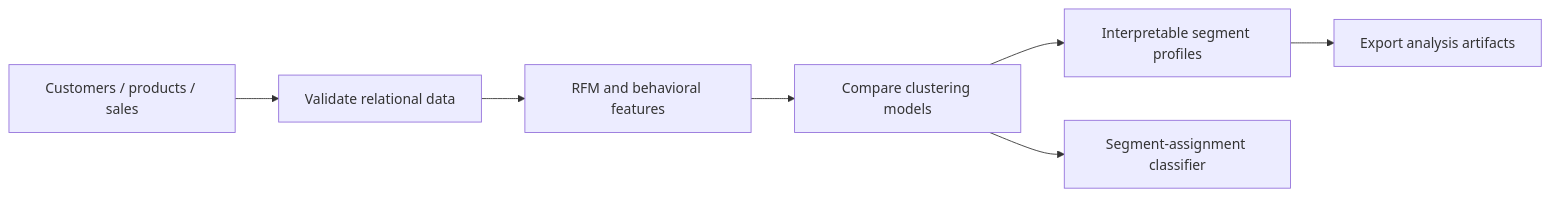
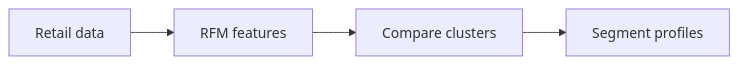
Before and after one commit to ISHPREET0101/ISHPREET0101: the sixth of 6 diagrams in README.md, drawn with Mermaid. The commit also changed other lines of this file and 3 other files, not shown here.

Commit message:
Add reference-style sections, visible project flows and contribution animation

````diff
--- a/README.md
+++ b/README.md
@@ -129,9 +72,4 @@
 ```mermaid
 flowchart LR
-  A[Customers / products / sales] --> B[Validate relational data]
-  B --> C[RFM and behavioral features]
-  C --> D[Compare clustering models]
-  D --> E[Interpretable segment profiles]
-  D --> F[Segment-assignment classifier]
-  E --> G[Export analysis artifacts]
+  A["Retail data"] --> B["RFM features"] --> C["Compare clusters"] --> D["Segment profiles"]
 ```
````
